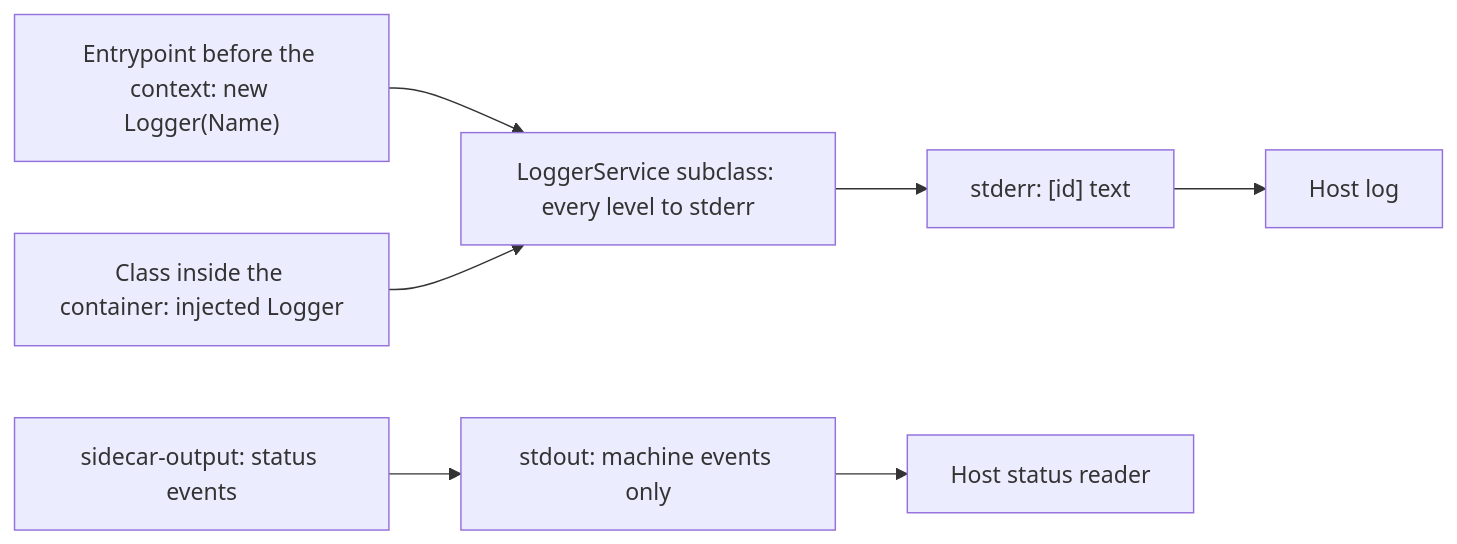
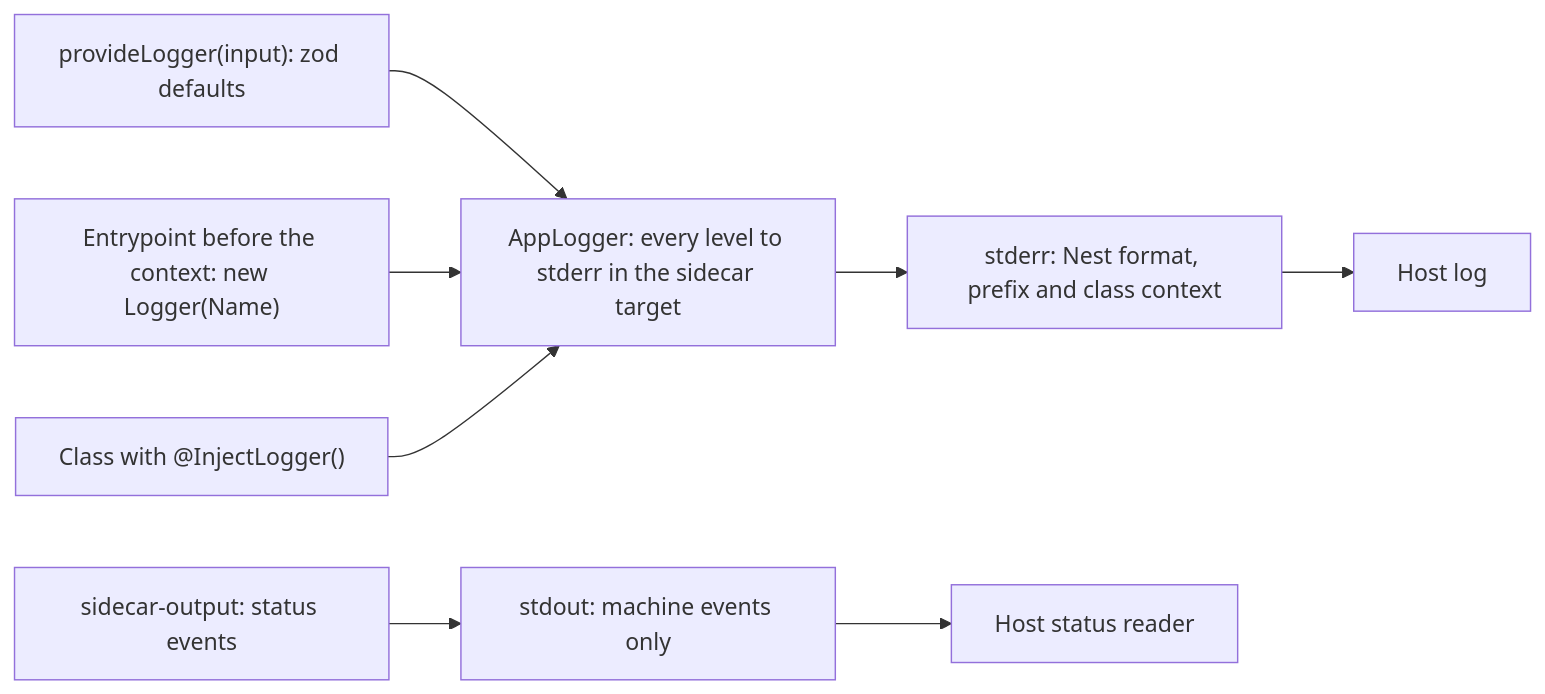
Before and after one commit to virgenherrera/lan-solution-template: the third of 3 diagrams in docs/architecture/adr/ADR-013-nest-standalone-architecture.md, drawn with Mermaid. The commit also changed other lines of this file and 5 other files, not shown here.

First line of the commit message:
docs: align the logging docs with the Nest logger

````diff
--- a/docs/architecture/adr/ADR-013-nest-standalone-architecture.md
+++ b/docs/architecture/adr/ADR-013-nest-standalone-architecture.md
@@ -97,9 +97,10 @@
 ```mermaid
 flowchart LR
+  C["provideLogger(input): zod defaults"] --> W
   A["Entrypoint before the context: new Logger(Name)"] --> W
-  B["Class inside the container: injected Logger"] --> W
-  W["LoggerService subclass: every level to stderr"] --> E["stderr: [id] text"]
+  B["Class with @InjectLogger()"] --> W
+  W["AppLogger: every level to stderr in the sidecar target"] --> E["stderr: Nest format, prefix and class context"]
   M["sidecar-output: status events"] --> O["stdout: machine events only"]
   E --> H["Host log"]
   O --> P["Host status reader"]
 ```
````
